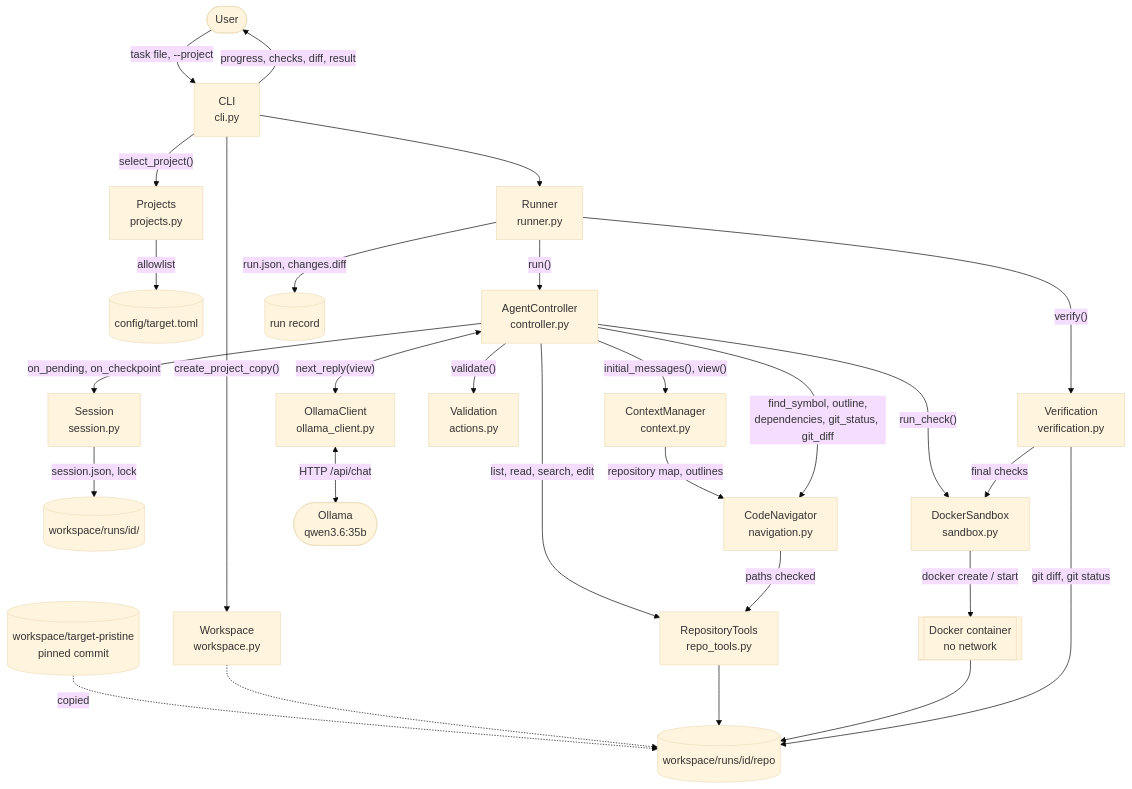
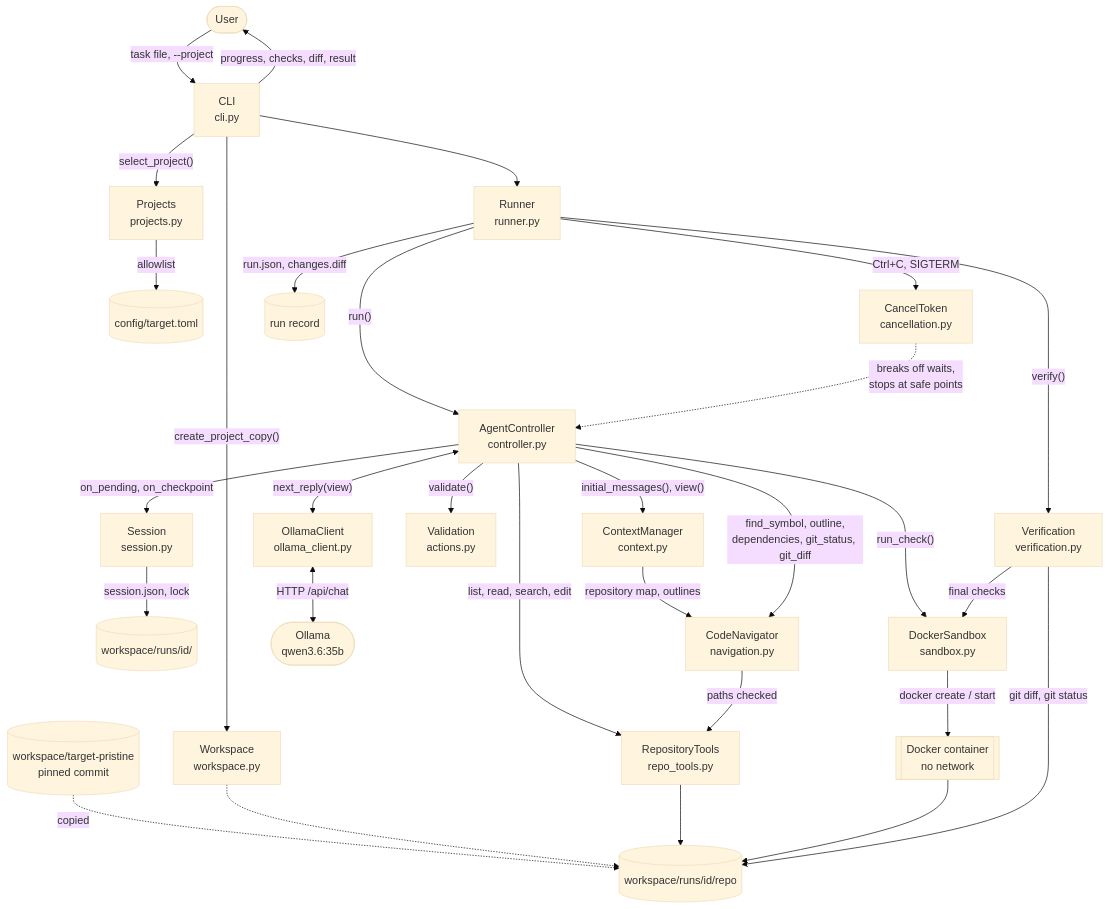
One commit to linda-gan/swe25-aaia-coding-harness changed the first of 7 diagrams in README.md. Above: the diagram before and after it, drawn with Mermaid (base theme). The commit also changed other lines of this file and 8 other files, not shown here.

Commit message:
Add cancellation: Ctrl+C and cancel command stop a run at a safe point

````diff
--- a/README.md
+++ b/README.md
@@ -201,30 +202,32 @@
 ```mermaid
 flowchart TB
     User(["User"]) -->|"task file, --project"| CLI["CLI<br/>cli.py"]
     CLI -->|"select_project()"| Projects["Projects<br/>projects.py"]
     Projects -->|"allowlist"| Config[("config/target.toml")]
     CLI --> Runner["Runner<br/>runner.py"]
     CLI -->|"create_project_copy()"| Workspace["Workspace<br/>workspace.py"]
     Pristine[("workspace/target-pristine<br/>pinned commit")] -.->|"copied"| Copy[("workspace/runs/id/repo")]
     Workspace -.-> Copy
     Runner -->|"run()"| Controller["AgentController<br/>controller.py"]
     Controller -->|"on_pending, on_checkpoint"| Session["Session<br/>session.py"]
+    Runner -->|"Ctrl+C, SIGTERM"| Cancel["CancelToken<br/>cancellation.py"]
+    Cancel -.->|"breaks off waits,<br/>stops at safe points"| Controller
     Session -->|"session.json, lock"| SessionFiles[("workspace/runs/id/")]
     Controller -->|"initial_messages(), view()"| Context["ContextManager<br/>context.py"]
     Context -->|"repository map, outlines"| Navigator
     Controller <-->|"next_reply(view)"| Client["OllamaClient<br/>ollama_client.py"]
     Client <-->|"HTTP /api/chat"| Ollama(["Ollama<br/>qwen3.6:35b"])
     Controller -->|"validate()"| Actions["Validation<br/>actions.py"]
     Controller -->|"list, read, search, edit"| Tools["RepositoryTools<br/>repo_tools.py"]
     Controller -->|"find_symbol, outline,<br/>dependencies, git_status, git_diff"| Navigator["CodeNavigator<br/>navigation.py"]
     Navigator -->|"paths checked"| Tools
     Controller -->|"run_check()"| Sandbox["DockerSandbox<br/>sandbox.py"]
     Tools --> Copy
     Sandbox -->|"docker create / start"| Container[["Docker container<br/>no network"]]
     Container --> Copy
     Runner -->|"verify()"| Verification["Verification<br/>verification.py"]
     Verification -->|"final checks"| Sandbox
     Verification -->|"git diff, git status"| Copy
     Runner -->|"run.json, changes.diff"| Record[("run record")]
     CLI -->|"progress, checks, diff, result"| User
 ```
````
